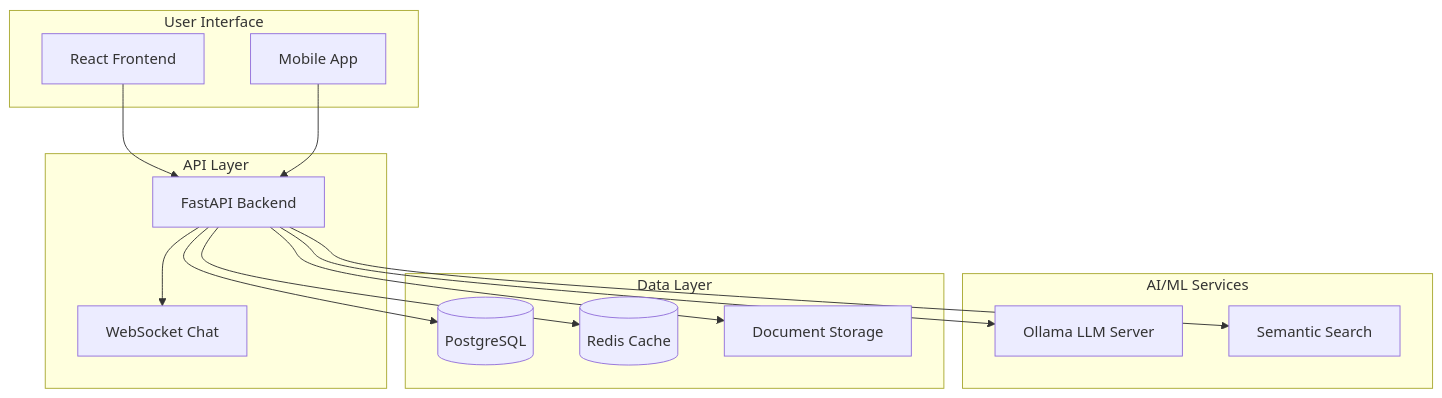
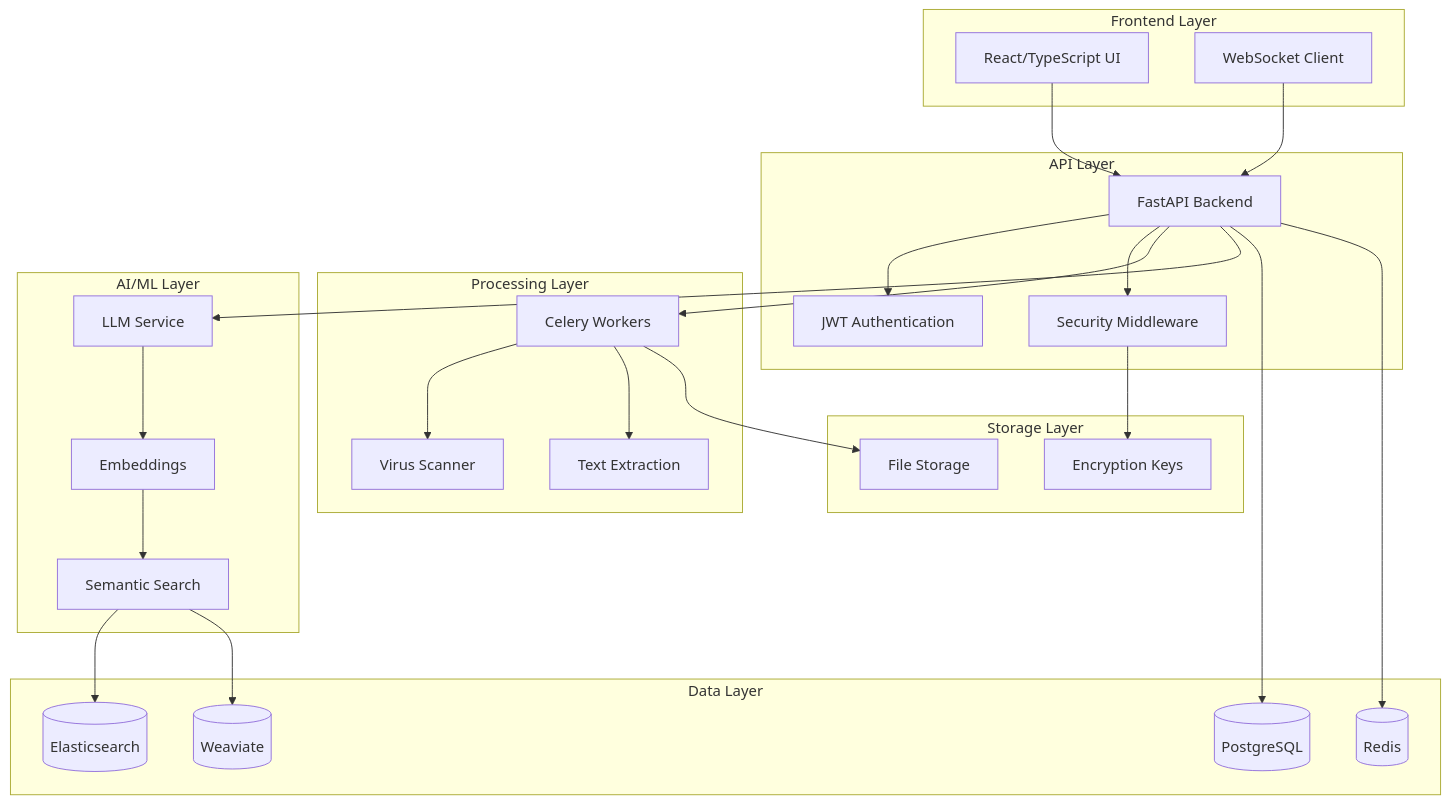
The diagram in README.md (sharedoxygen/indoc-app), drawn with Mermaid before and after one commit.

Commit message:
enhance: upgrade architecture diagram to comprehensive multi-layer view
- Replace simplified architecture with detailed layered diagram
- Show complete system components: Frontend, API, Processing, AI/ML, Data, Storage
- Include all major services: Celery, Virus Scanner, JWT Auth, Security Middleware
- Visual representation matches actual inDoc architecture implementation
- Helps prospects understand system sophistication and enterprise readiness
- Maintains streamlined README while showcasing technical depth

````diff
--- a/README.md
+++ b/README.md
@@ -145,32 +145,54 @@
 ```mermaid
 graph TB
-    subgraph "User Interface"
-        UI[React Frontend]
-        MOBILE[Mobile App]
+    subgraph "Frontend Layer"
+        UI["React/TypeScript UI"]
+        WS["WebSocket Client"]
     end
     
-    subgraph "API Layer"  
-        API[FastAPI Backend]
-        WS[WebSocket Chat]
+    subgraph "API Layer"
+        API["FastAPI Backend"]
+        AUTH["JWT Authentication"]
+        MIDDLEWARE["Security Middleware"]
     end
     
-    subgraph "AI/ML Services"
-        OLLAMA[Ollama LLM Server]
-        SEARCH[Semantic Search]
+    subgraph "Processing Layer"
+        CELERY["Celery Workers"]
+        VIRUS["Virus Scanner"]
+        EXTRACT["Text Extraction"]
+    end
+    
+    subgraph "AI/ML Layer"
+        LLM["LLM Service"]
+        EMBED["Embeddings"]
+        SEARCH["Semantic Search"]
     end
     
     subgraph "Data Layer"
-        POSTGRES[(PostgreSQL)]
-        REDIS[(Redis Cache)]
-        FILES[Document Storage]
+        POSTGRES[("PostgreSQL")]
+        REDIS[("Redis")]
+        ELASTIC[("Elasticsearch")]
+        WEAVIATE[("Weaviate")]
+    end
+    
+    subgraph "Storage Layer"
+        FILES["File Storage"]
+        ENCRYPT["Encryption Keys"]
     end
     
     UI --> API
-    MOBILE --> API
-    API --> WS
-    API --> OLLAMA
-    API --> SEARCH
+    WS --> API
+    API --> AUTH
+    API --> MIDDLEWARE
+    API --> CELERY
+    CELERY --> VIRUS
+    CELERY --> EXTRACT
+    API --> LLM
+    LLM --> EMBED
+    EMBED --> SEARCH
+    SEARCH --> ELASTIC
+    SEARCH --> WEAVIATE
     API --> POSTGRES
     API --> REDIS
-    API --> FILES
+    CELERY --> FILES
+    MIDDLEWARE --> ENCRYPT
 ```
````
